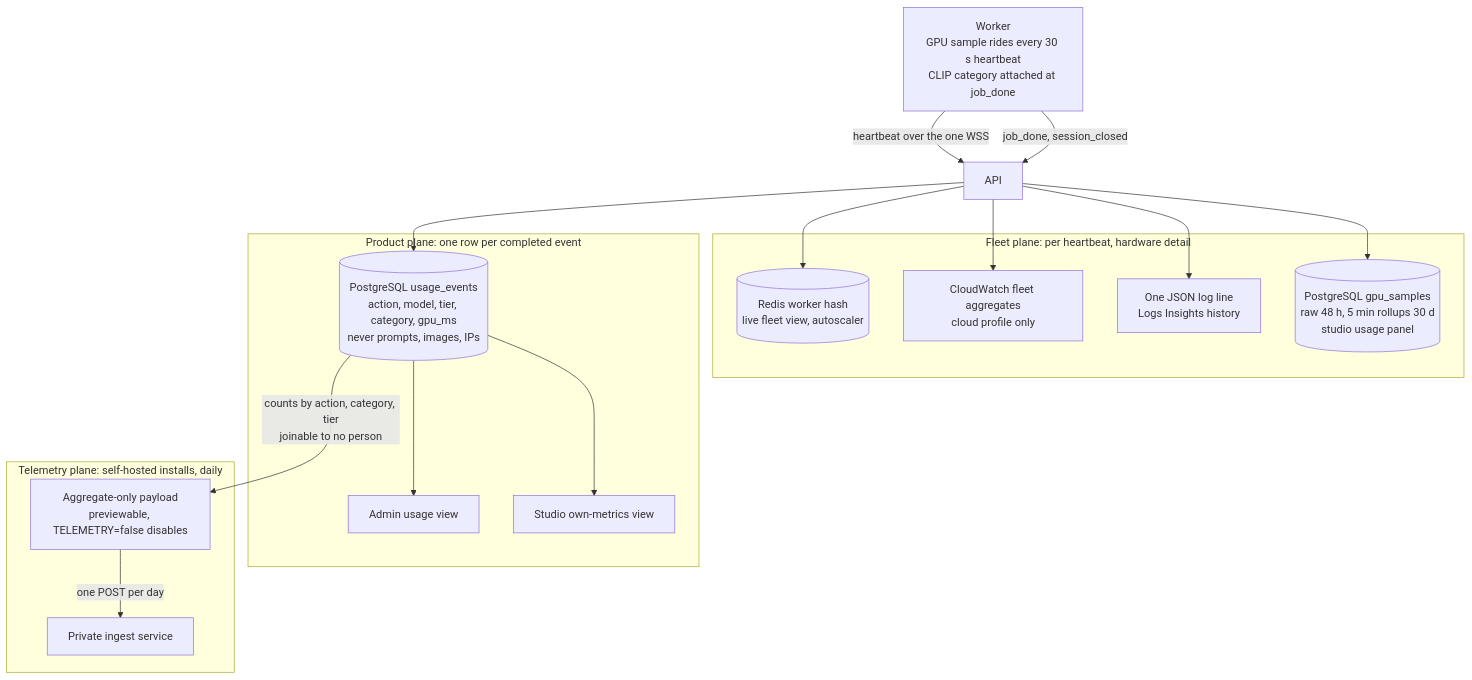
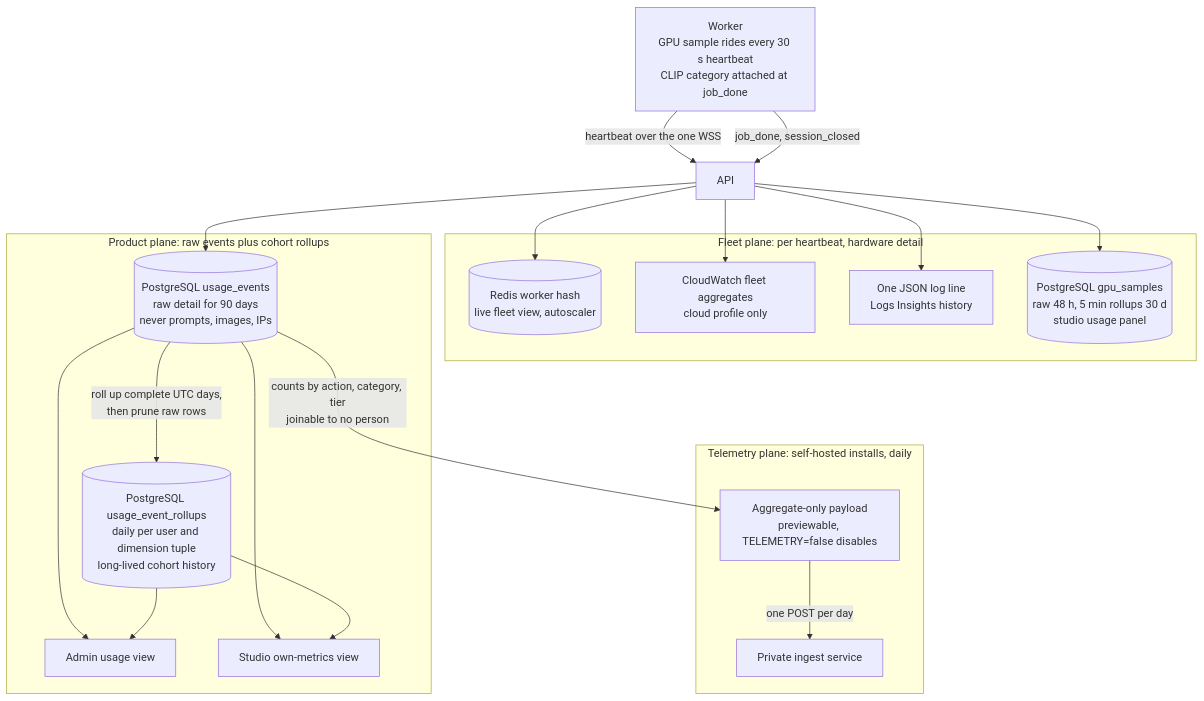
The diagram in docs/metrics.md (Portocolom-Studio/potocolom), drawn with Mermaid before and after one commit. The commit also changed other lines of this file and 9 other files, not shown here.

````diff
--- a/docs/metrics.md
+++ b/docs/metrics.md
@@ -19,31 +19,35 @@
 ```mermaid
 flowchart TB
     W["Worker<br>GPU sample rides every 30 s heartbeat<br>CLIP category attached at job_done"]
     A["API"]
     subgraph FLEET["Fleet plane: per heartbeat, hardware detail"]
         RH[("Redis worker hash<br>live fleet view, autoscaler")]
         CW["CloudWatch fleet aggregates<br>cloud profile only"]
         LOG["One JSON log line<br>Logs Insights history"]
         GS[("PostgreSQL gpu_samples<br>raw 48 h, 5 min rollups 30 d<br>studio usage panel")]
     end
-    subgraph USAGE["Product plane: one row per completed event"]
-        UE[("PostgreSQL usage_events<br>action, model, tier, category, gpu_ms<br>never prompts, images, IPs")]
+    subgraph USAGE["Product plane: raw events plus cohort rollups"]
+        UE[("PostgreSQL usage_events<br>raw detail for 90 days<br>never prompts, images, IPs")]
+        UR[("PostgreSQL usage_event_rollups<br>daily per user and dimension tuple<br>long-lived cohort history")]
         ADMIN["Admin usage view"]
         OWN["Studio own-metrics view"]
     end
     subgraph TELE["Telemetry plane: self-hosted installs, daily"]
         AGG["Aggregate-only payload<br>previewable, TELEMETRY=false disables"]
         ING["Private ingest service"]
     end
     W -->|"heartbeat over the one WSS"| A
     W -->|"job_done, session_closed"| A
     A --> RH
     A --> CW
     A --> LOG
     A --> GS
     A --> UE
+    UE -->|"roll up complete UTC days,<br>then prune raw rows"| UR
     UE --> ADMIN
+    UR --> ADMIN
     UE --> OWN
+    UR --> OWN
     UE -->|"counts by action, category, tier<br>joinable to no person"| AGG
     AGG -->|"one POST per day"| ING
 ```
````
